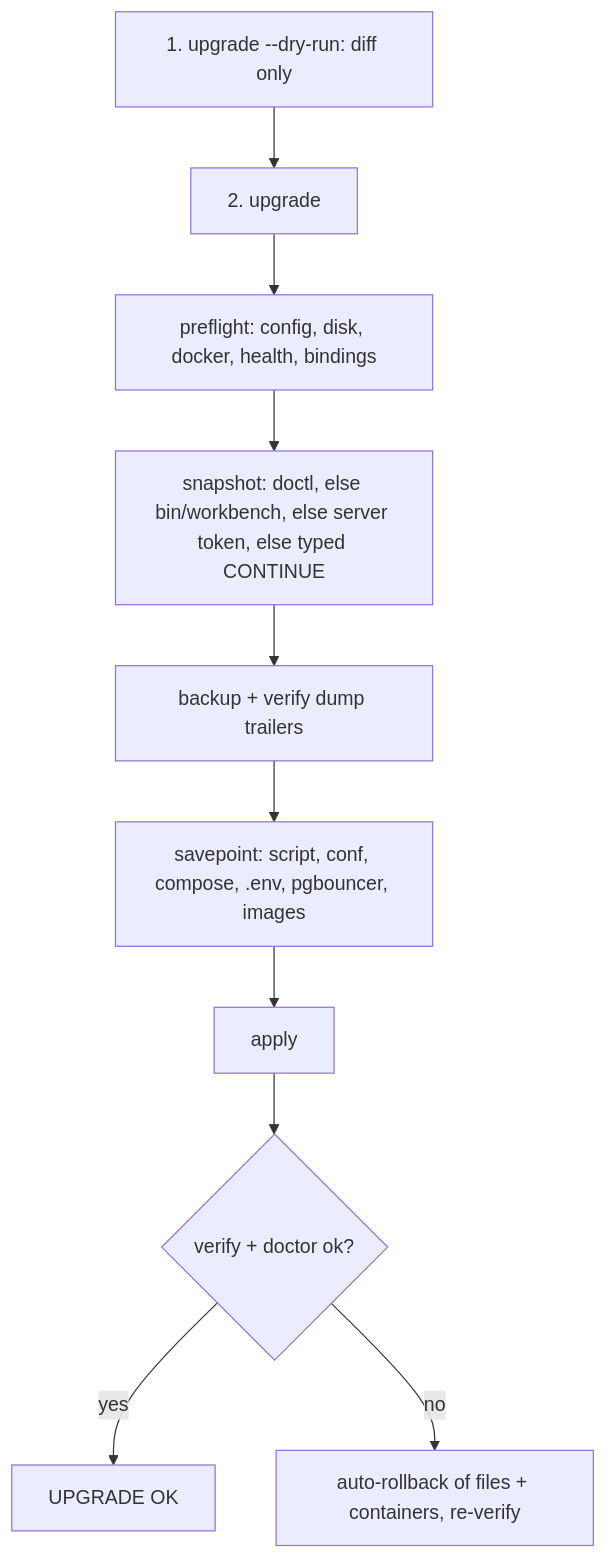
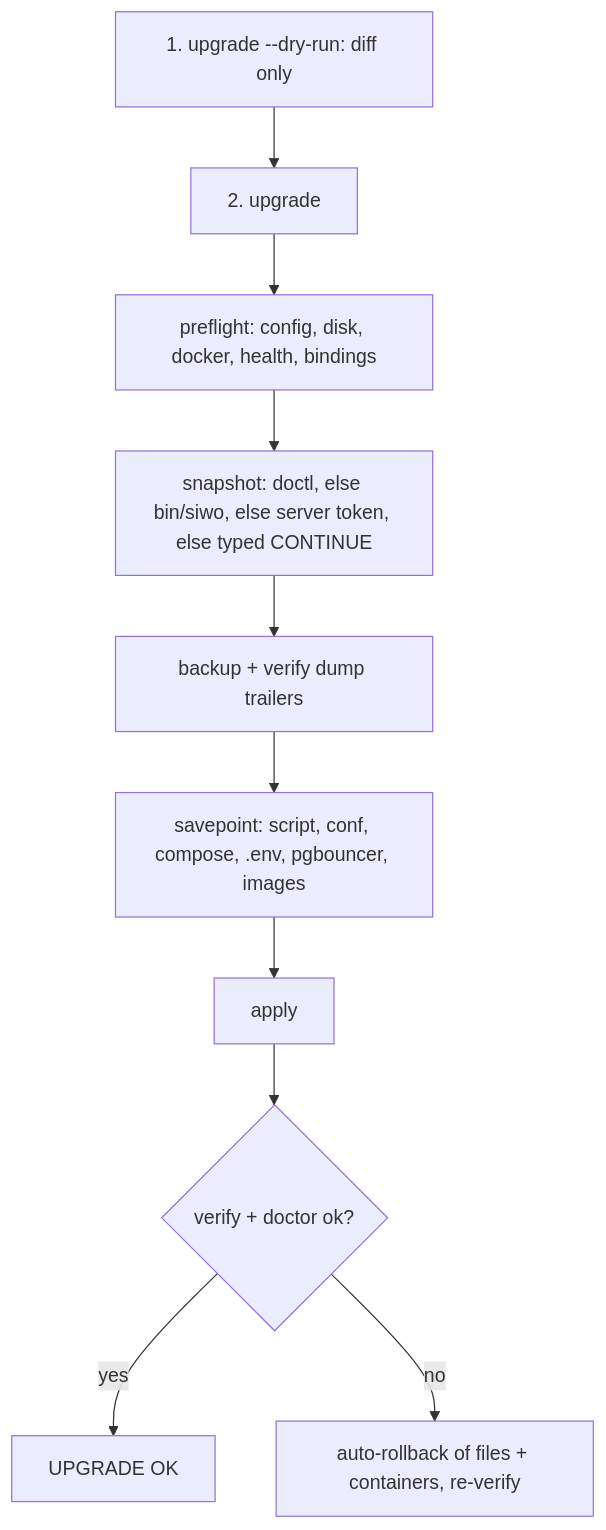
One commit to simtabi/server-infra-workbench changed the diagram in docs/recipes/roll-out-a-manager-upgrade.md. Above: the diagram before and after it, drawn with Mermaid. The commit also changed other lines of this file and 171 other files, not shown here.

First line of the commit message:
refactor: the command is siwo (bin/siwo, siwo-py, SIWO_* settings); bin/workbench is a deprecated shim

````diff
--- a/docs/recipes/roll-out-a-manager-upgrade.md
+++ b/docs/recipes/roll-out-a-manager-upgrade.md
@@ -10,12 +10,12 @@
 ```mermaid
 flowchart TD
   A[1. upgrade --dry-run: diff only] --> B[2. upgrade]
   B --> P[preflight: config, disk, docker, health, bindings]
-  P --> S[snapshot: doctl, else bin/workbench, else server token, else typed CONTINUE]
+  P --> S[snapshot: doctl, else bin/siwo, else server token, else typed CONTINUE]
   S --> K[backup + verify dump trailers]
   K --> V[savepoint: script, conf, compose, .env, pgbouncer, images]
   V --> X[apply]
   X --> Y{verify + doctor ok?}
   Y -- yes --> Z[UPGRADE OK]
   Y -- no --> R[auto-rollback of files + containers, re-verify]
 ```
````
